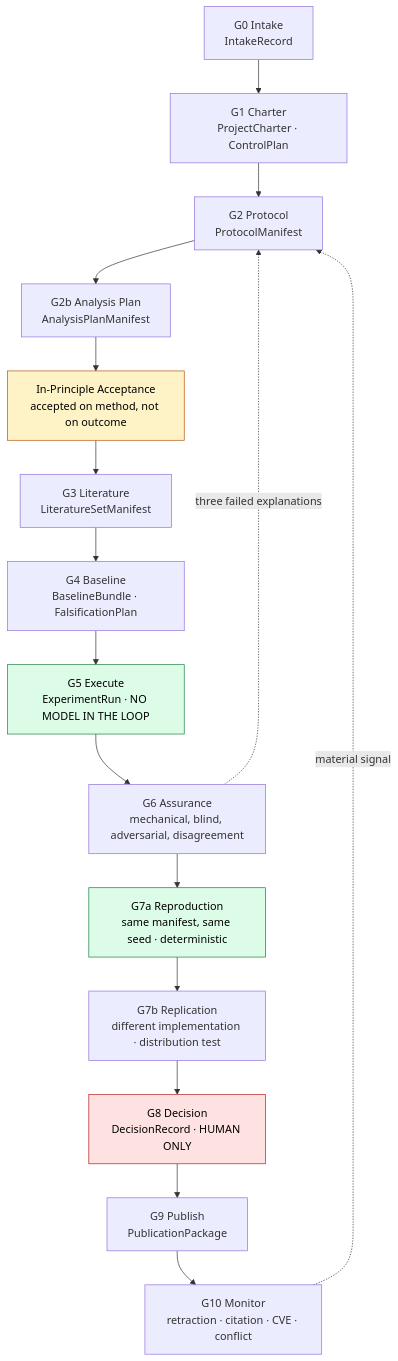
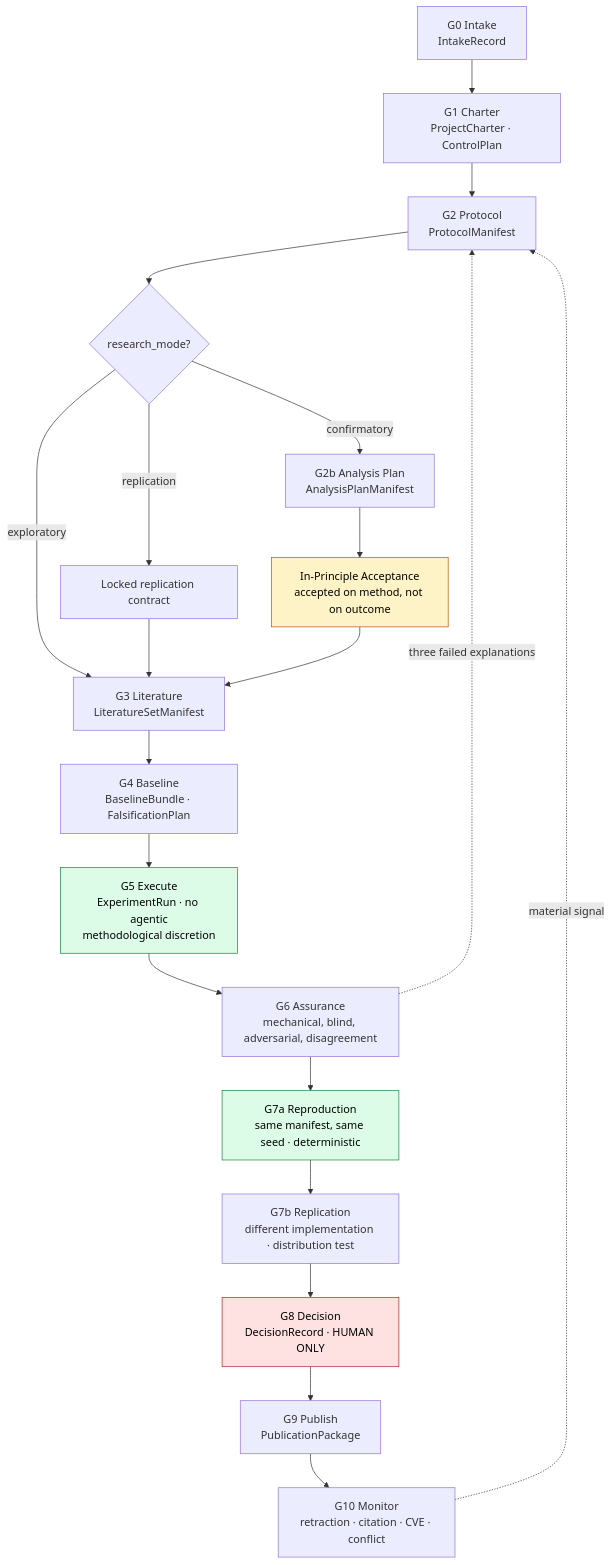
The fifth of 11 diagrams in README.md (furkanhanilci/AETHRION), drawn with Mermaid before and after one commit. The commit also changed other lines of this file and 103 other files, not shown here.

````diff
--- a/README.md
+++ b/README.md
@@ -143,25 +143,29 @@
 ```mermaid
 flowchart TD
     G0["G0 Intake<br/>IntakeRecord"]
     G1["G1 Charter<br/>ProjectCharter · ControlPlan"]
     G2["G2 Protocol<br/>ProtocolManifest"]
     G2B["G2b Analysis Plan<br/>AnalysisPlanManifest"]
     IPA["In-Principle Acceptance<br/>accepted on method, not on outcome"]
     G3["G3 Literature<br/>LiteratureSetManifest"]
     G4["G4 Baseline<br/>BaselineBundle · FalsificationPlan"]
-    G5["G5 Execute<br/>ExperimentRun · NO MODEL IN THE LOOP"]
+    G5["G5 Execute<br/>ExperimentRun · no agentic<br/>methodological discretion"]
     G6["G6 Assurance<br/>mechanical, blind, adversarial, disagreement"]
     G7A["G7a Reproduction<br/>same manifest, same seed · deterministic"]
     G7B["G7b Replication<br/>different implementation · distribution test"]
     G8["G8 Decision<br/>DecisionRecord · HUMAN ONLY"]
     G9["G9 Publish<br/>PublicationPackage"]
     G10["G10 Monitor<br/>retraction · citation · CVE · conflict"]
-    G0 --> G1 --> G2 --> G2B --> IPA --> G3 --> G4 --> G5 --> G6
+    G0 --> G1 --> G2 --> MODE{"research_mode?"}
+    MODE -->|exploratory| G3
+    MODE -->|replication| RC["Locked replication contract"] --> G3
+    MODE -->|confirmatory| G2B --> IPA --> G3
+    G3 --> G4 --> G5 --> G6
     G6 --> G7A --> G7B --> G8 --> G9 --> G10
     G10 -.->|"material signal"| G2
     G6 -.->|"three failed explanations"| G2
     style G5 fill:#dcfce7,stroke:#15803d,color:#000
     style G7A fill:#dcfce7,stroke:#15803d,color:#000
     style G8 fill:#fee2e2,stroke:#b91c1c,color:#000
     style IPA fill:#fef3c7,stroke:#b45309,color:#000
 ```
````
